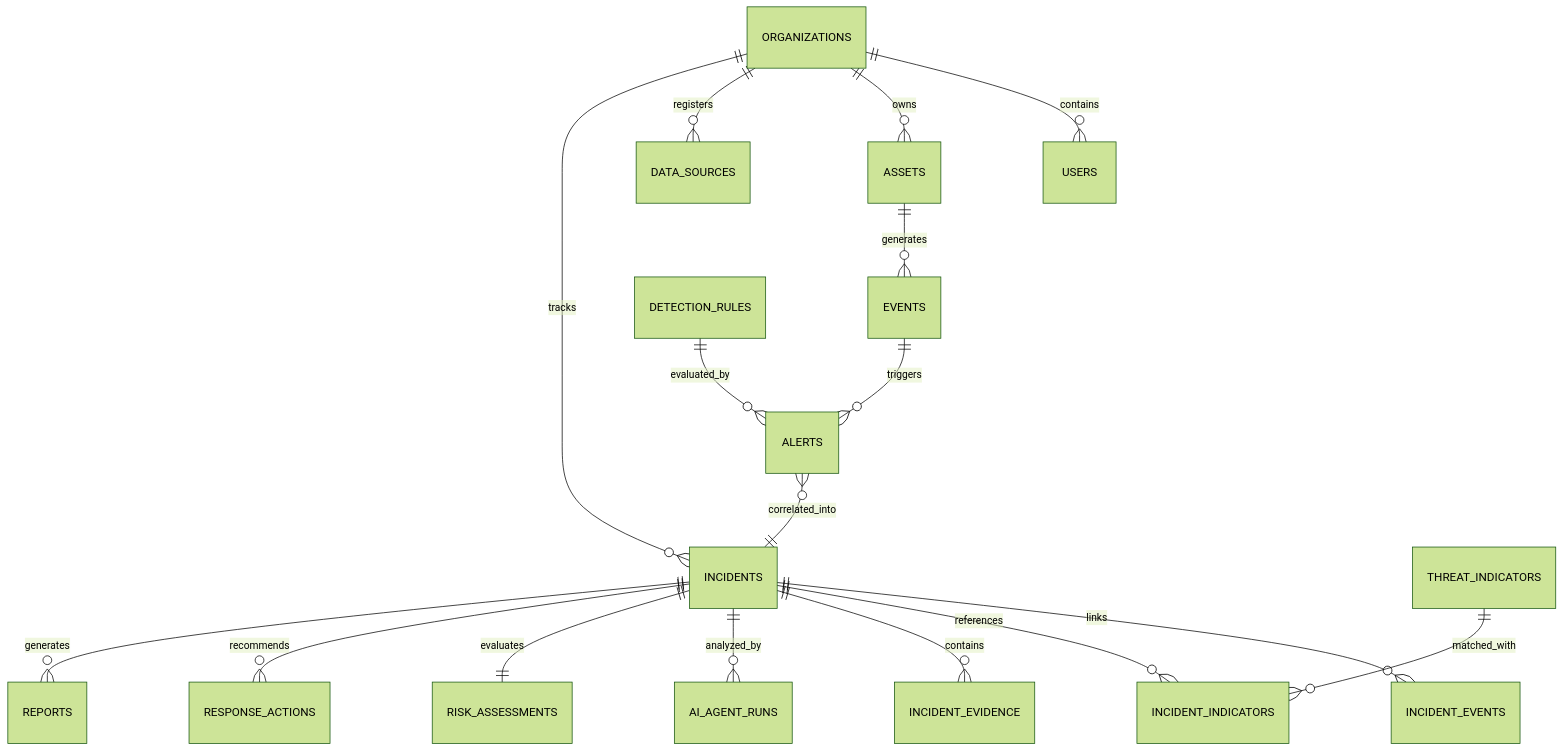
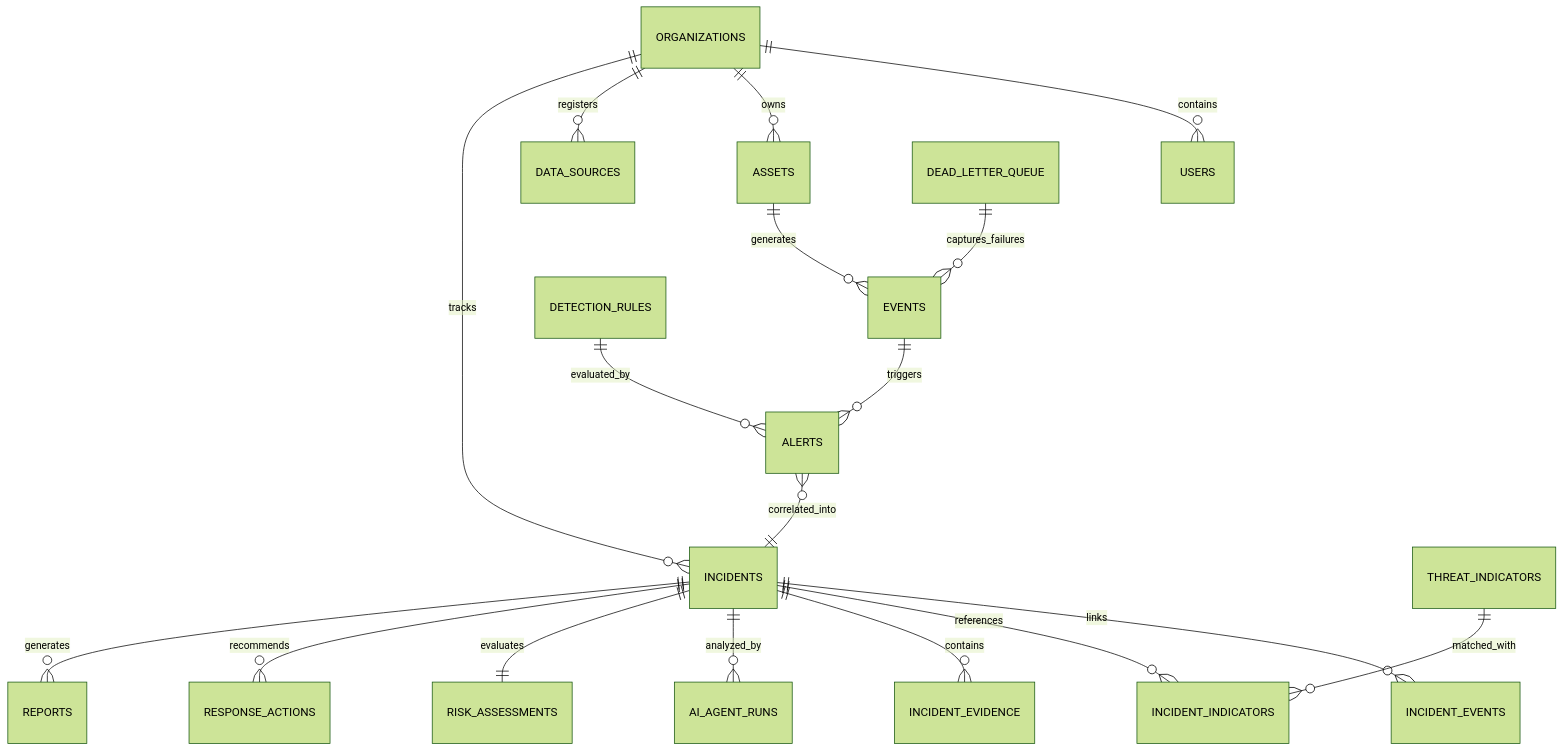
One commit to AbeniYirgalem/ETHIO-CYBERGUARD changed the diagram in docs/database.md. Above: the diagram before and after it, drawn with Mermaid (forest theme). The commit also changed other lines of this file and 16 other files, not shown here.

````diff
--- a/docs/database.md
+++ b/docs/database.md
@@ -6,22 +13,23 @@
 ```mermaid
 erDiagram
     ORGANIZATIONS ||--o{ USERS : contains
     ORGANIZATIONS ||--o{ ASSETS : owns
     ORGANIZATIONS ||--o{ DATA_SOURCES : registers
     ORGANIZATIONS ||--o{ INCIDENTS : tracks
     
     ASSETS ||--o{ EVENTS : generates
     EVENTS ||--o{ ALERTS : triggers
     ALERTS }o--|| INCIDENTS : correlated_into
     
     INCIDENTS ||--o{ INCIDENT_EVENTS : links
     INCIDENTS ||--o{ INCIDENT_INDICATORS : references
     INCIDENTS ||--o{ INCIDENT_EVIDENCE : contains
     INCIDENTS ||--o{ AI_AGENT_RUNS : analyzed_by
     INCIDENTS ||--|| RISK_ASSESSMENTS : evaluates
     INCIDENTS ||--o{ RESPONSE_ACTIONS : recommends
     INCIDENTS ||--o{ REPORTS : generates
     
     THREAT_INDICATORS ||--o{ INCIDENT_INDICATORS : matched_with
     DETECTION_RULES ||--o{ ALERTS : evaluated_by
+    DEAD_LETTER_QUEUE ||--o{ EVENTS : captures_failures
 ```
````
